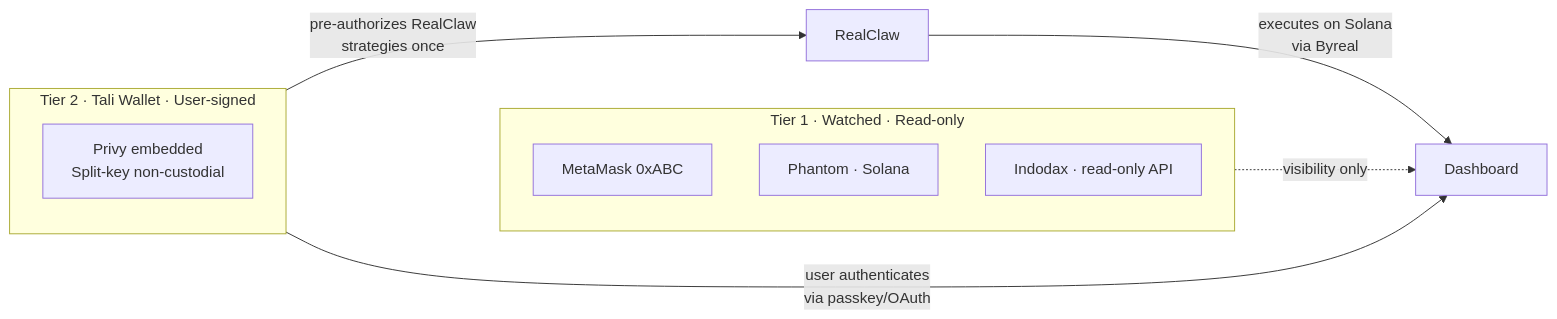
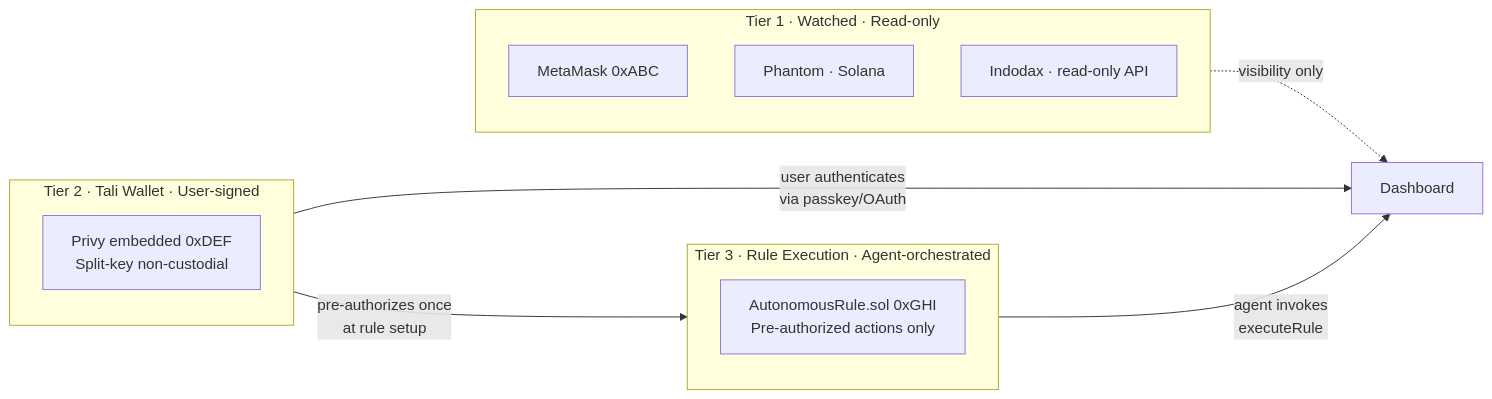
Before and after one commit to aliyanamu/tali: the second of 3 diagrams in docs/architecture.md, drawn with Mermaid. The commit also changed other lines of this file and 3 other files, not shown here.

First line of the commit message:
docs: update product narrative, architecture, and positioning

````diff
--- a/docs/architecture.md
+++ b/docs/architecture.md
@@ -50,17 +52,21 @@
 ```mermaid
 graph LR
     subgraph Tier1[Tier 1 · Watched · Read-only]
         MM[MetaMask 0xABC]
         PH[Phantom · Solana]
         IDX[Indodax · read-only API]
     end
 
     subgraph Tier2[Tier 2 · Tali Wallet · User-signed]
-        TALI[Privy embedded<br/>Split-key non-custodial]
+        TALI[Privy embedded 0xDEF<br/>Split-key non-custodial]
+    end
+
+    subgraph Tier3[Tier 3 · Rule Execution · Agent-orchestrated]
+        AR[AutonomousRule.sol 0xGHI<br/>Pre-authorized actions only]
     end
 
     Tier1 -.->|visibility only| DASH[Dashboard]
     Tier2 -->|user authenticates<br/>via passkey/OAuth| DASH
-    Tier2 -->|pre-authorizes RealClaw<br/>strategies once| RC[RealClaw]
-    RC -->|executes on Solana<br/>via Byreal| DASH
+    Tier2 -->|pre-authorizes once<br/>at rule setup| Tier3
+    Tier3 -->|agent invokes<br/>executeRule| DASH
 ```
````
